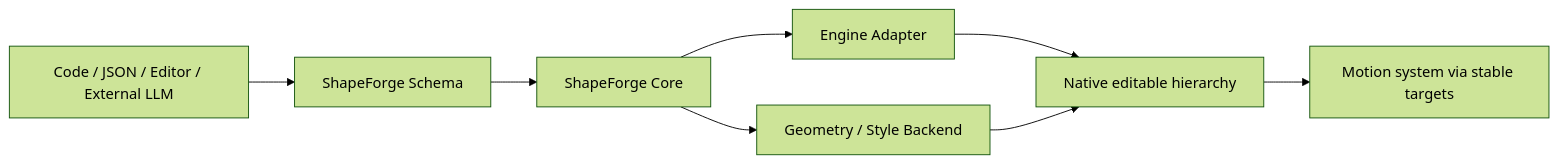
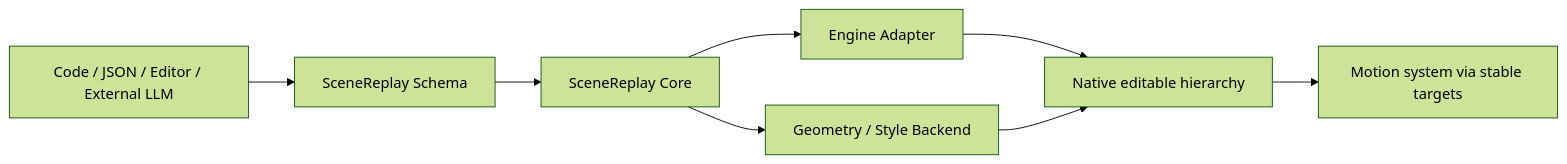
Before and after one commit to TristinOrg/SceneReplay: the diagram in README.md, drawn with Mermaid (forest theme). The commit also changed other lines of this file and 649 other files, not shown here.

Commit message:
refactor(identity): rename project to SceneReplay

````diff
--- a/README.md
+++ b/README.md
@@ -35,10 +35,10 @@
 ```mermaid
 flowchart LR
-    A["Code / JSON / Editor / External LLM"] --> S["ShapeForge Schema"]
-    S --> C["ShapeForge Core"]
+    A["Code / JSON / Editor / External LLM"] --> S["SceneReplay Schema"]
+    S --> C["SceneReplay Core"]
     C --> U["Engine Adapter"]
     C --> G["Geometry / Style Backend"]
     U --> H["Native editable hierarchy"]
     G --> H
     H --> M["Motion system via stable targets"]
 ```
````
